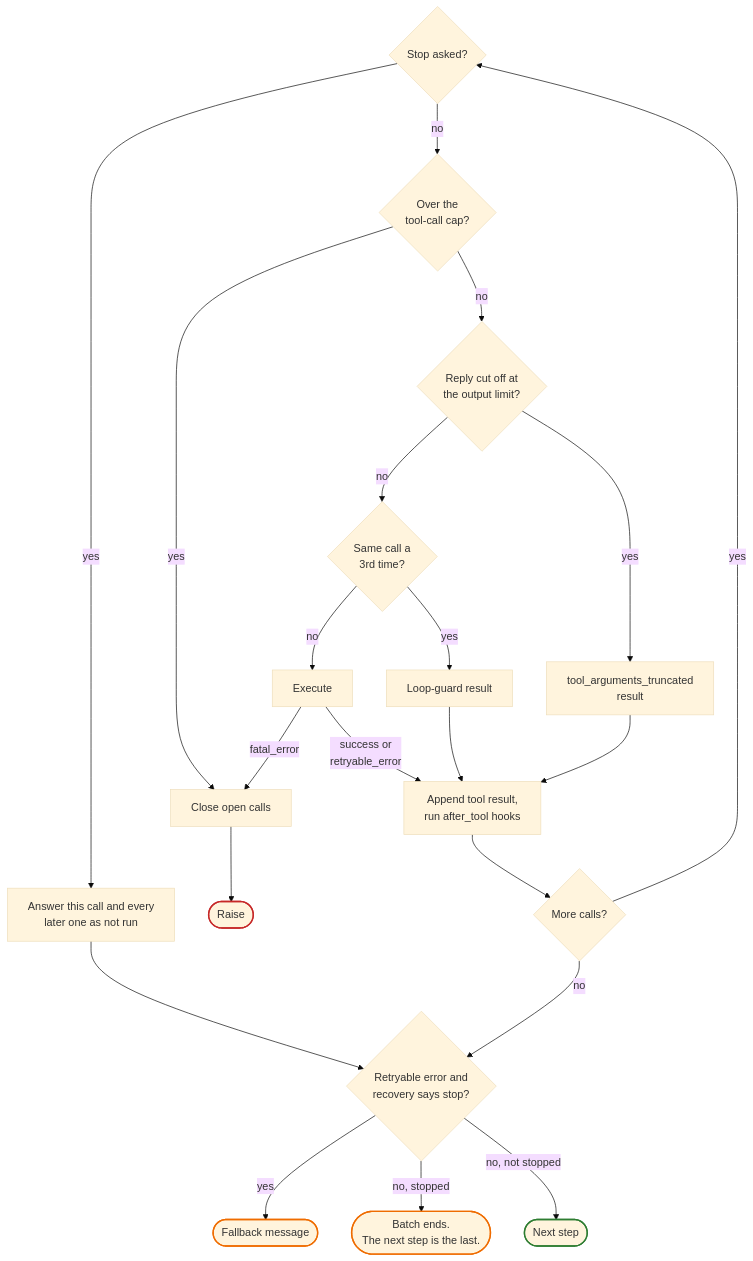
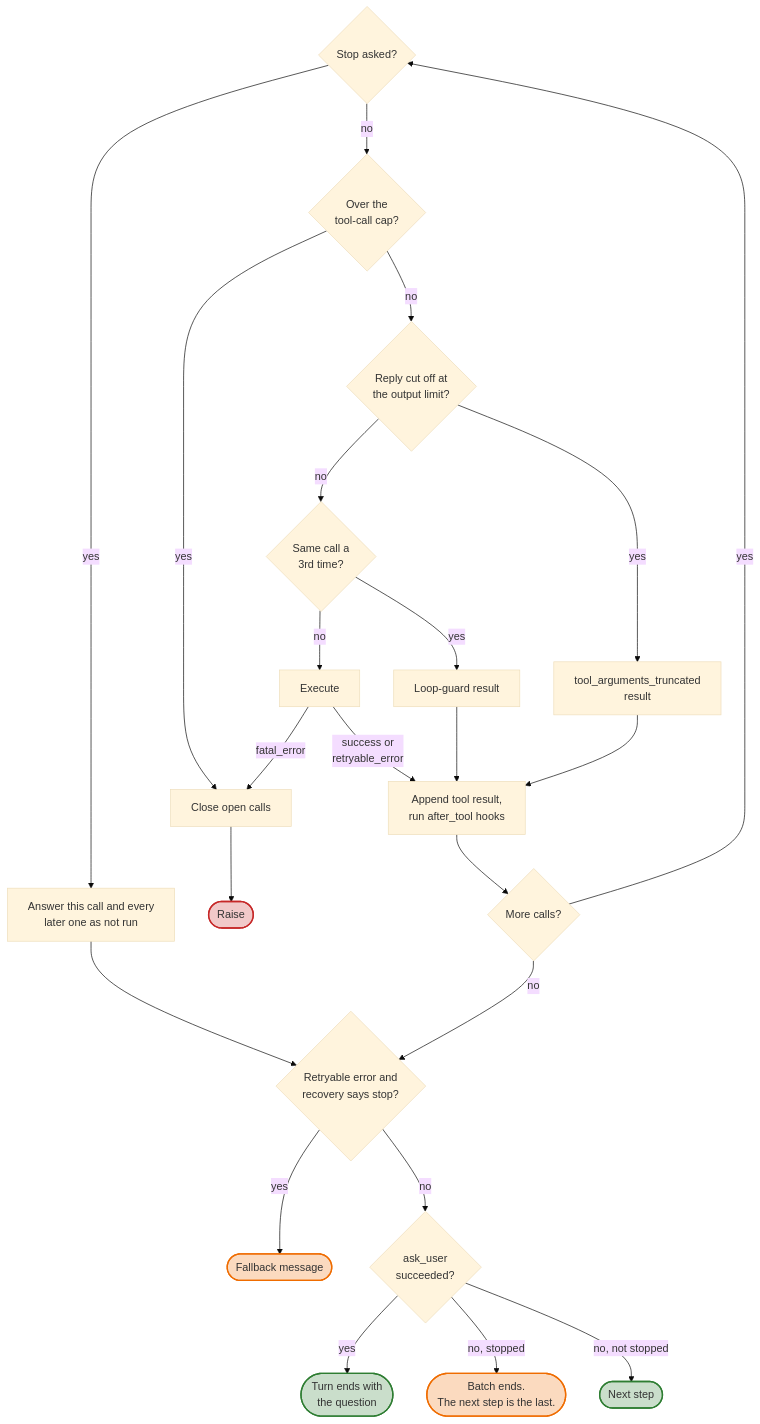
The second of 2 diagrams in docs/harness/loop.md (KiUngSong/TerraFin), drawn with Mermaid (base theme) before and after one commit. The commit also changed other lines of this file and 106 other files, not shown here.

````diff
--- a/docs/harness/loop.md
+++ b/docs/harness/loop.md
@@ -68,29 +74,31 @@
     ```mermaid
     flowchart TD
         stop{"Stop asked?"}
         stop -- yes --> unrun["Answer this call and every<br/>later one as not run"] --> judge
         stop -- no --> cap{"Over the<br/>tool-call cap?"}
         cap -- yes --> close["Close open calls"] --> fail(["Raise"])
         cap -- no --> cut{"Reply cut off at<br/>the output limit?"}
         cut -- yes --> trunc["tool_arguments_truncated<br/>result"]
         cut -- no --> dup{"Same call a<br/>3rd time?"}
         dup -- yes --> guard["Loop-guard result"]
         dup -- no --> exec["Execute"]
         exec -- fatal_error --> close
         exec -- success or<br/>retryable_error --> append["Append tool result,<br/>run after_tool hooks"]
         guard --> append
         trunc --> append
         append --> more{"More calls?"}
         more -- yes --> stop
         more -- no --> judge{"Retryable error and<br/>recovery says stop?"}
         judge -- yes --> fb(["Fallback message"])
-        judge -- "no, stopped" --> halted(["Batch ends.<br/>The next step is the last."])
-        judge -- "no, not stopped" --> next(["Next step"])
+        judge -- no --> asked{"ask_user<br/>succeeded?"}
+        asked -- yes --> question(["Turn ends with<br/>the question"])
+        asked -- "no, stopped" --> halted(["Batch ends.<br/>The next step is the last."])
+        asked -- "no, not stopped" --> next(["Next step"])
 
-        classDef ok stroke:#2e7d32,stroke-width:2px
-        classDef bad stroke:#c62828,stroke-width:2px
-        classDef soft stroke:#ef6c00,stroke-width:2px
-        class next ok
+        classDef ok fill:#2e7d3240,stroke:#2e7d32,stroke-width:2px
+        classDef bad fill:#c6282840,stroke:#c62828,stroke-width:2px
+        classDef soft fill:#ef6c0040,stroke:#ef6c00,stroke-width:2px
+        class next,question ok
         class fail bad
         class fb,halted soft
     ```
````
